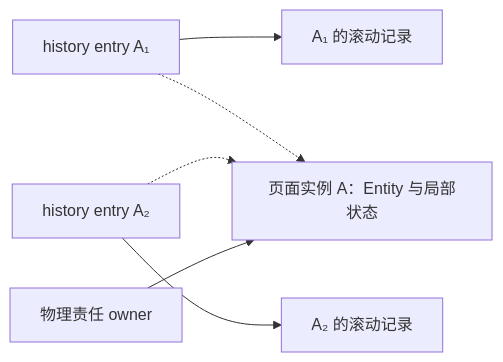
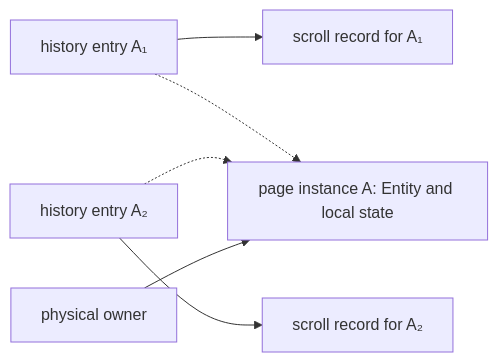
The second of 2 diagrams in docs/architecture/README.md (shengyusi-SYS/bevy_ui_router), drawn with Mermaid before and after one commit. The commit also changed other lines of this file and 73 other files, not shown here.

````diff
--- a/docs/architecture/README.md
+++ b/docs/architecture/README.md
@@ -50,8 +50,8 @@
 ```mermaid
 flowchart LR
-    E1["history entry A₁"] --> S1["A₁ 的滚动记录"]
-    E2["history entry A₂"] --> S2["A₂ 的滚动记录"]
-    E1 -.-> P["页面实例 A：Entity 与局部状态"]
+    E1["history entry A₁"] --> S1["scroll record for A₁"]
+    E2["history entry A₂"] --> S2["scroll record for A₂"]
+    E1 -.-> P["page instance A: Entity and local state"]
     E2 -.-> P
-    O["物理责任 owner"] --> P
+    O["physical owner"] --> P
 ```
````
